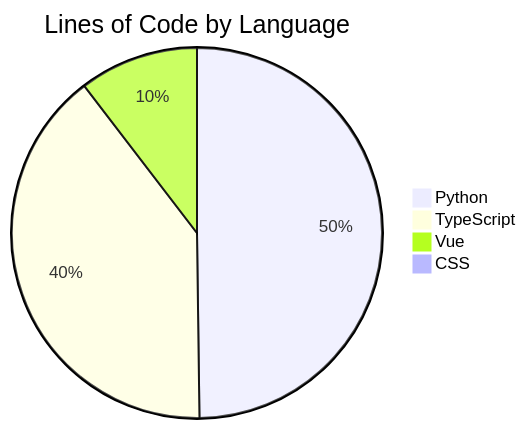
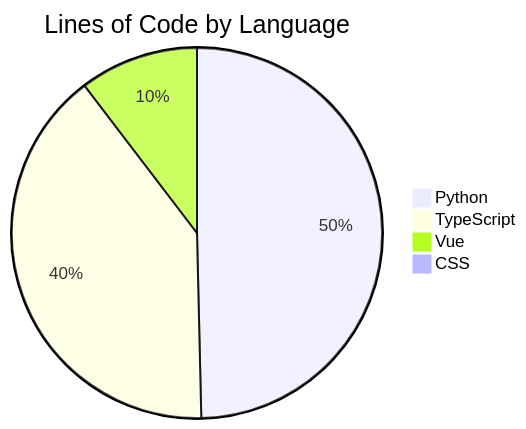
The diagram in README.md (ISW-stack/AI3L-Community), drawn with Mermaid before and after one commit. The commit also changed other lines of this file and 1 other file, not shown here.

````diff
--- a/README.md
+++ b/README.md
@@ -368,7 +368,7 @@
 ```mermaid
 pie title Lines of Code by Language
     "Python" : 115091
-    "TypeScript" : 92013
+    "TypeScript" : 92752
     "Vue" : 24063
     "CSS" : 127
 ```
````
